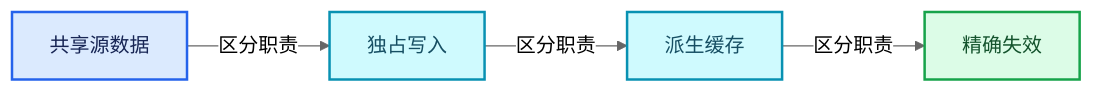
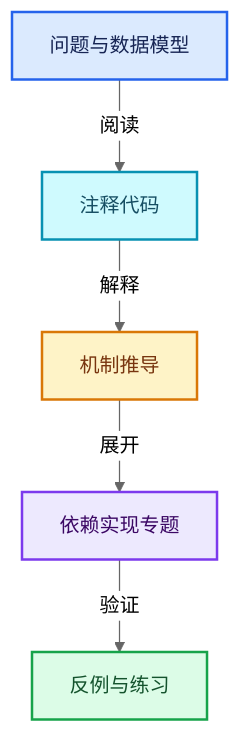
One commit to yunkezengren/blender-.vscode changed the first of 2 diagrams in 杂/markdown/全面学习-codex/06-隐式共享与缓存系统/README.md. Above: the diagram before and after it, drawn with Mermaid (neutral theme). The commit also changed other lines of this file and 1930 other files, not shown here.

````diff
--- a/杂/markdown/全面学习-codex/06-隐式共享与缓存系统/README.md
+++ b/杂/markdown/全面学习-codex/06-隐式共享与缓存系统/README.md
@@ -32,16 +25,18 @@
 ```mermaid
-flowchart LR
-  C0["共享源数据"]:::input
-  C1["独占写入"]:::data
-  C2["派生缓存"]:::data
-  C3["精确失效"]:::result
-  C0 -->|"区分职责"| C1
-  C1 -->|"区分职责"| C2
-  C2 -->|"区分职责"| C3
+flowchart TB
+  A["问题与数据模型"]:::input
+  B["注释代码"]:::data
+  C["机制推导"]:::compute
+  D["依赖实现专题"]:::abstraction
+  E["反例与练习"]:::result
+  A -->|"阅读"| B
+  B -->|"解释"| C
+  C -->|"展开"| D
+  D -->|"验证"| E
   classDef input fill:#DBEAFE,stroke:#2563EB,color:#172554,stroke-width:2px;
   classDef data fill:#CFFAFE,stroke:#0891B2,color:#164E63,stroke-width:2px;
   classDef abstraction fill:#EDE9FE,stroke:#7C3AED,color:#3B0764,stroke-width:2px;
   classDef compute fill:#FEF3C7,stroke:#D97706,color:#78350F,stroke-width:2px;
   classDef result fill:#DCFCE7,stroke:#16A34A,color:#14532D,stroke-width:2px;
   classDef error fill:#FEE2E2,stroke:#DC2626,color:#7F1D1D,stroke-width:2px;
 ```
````
